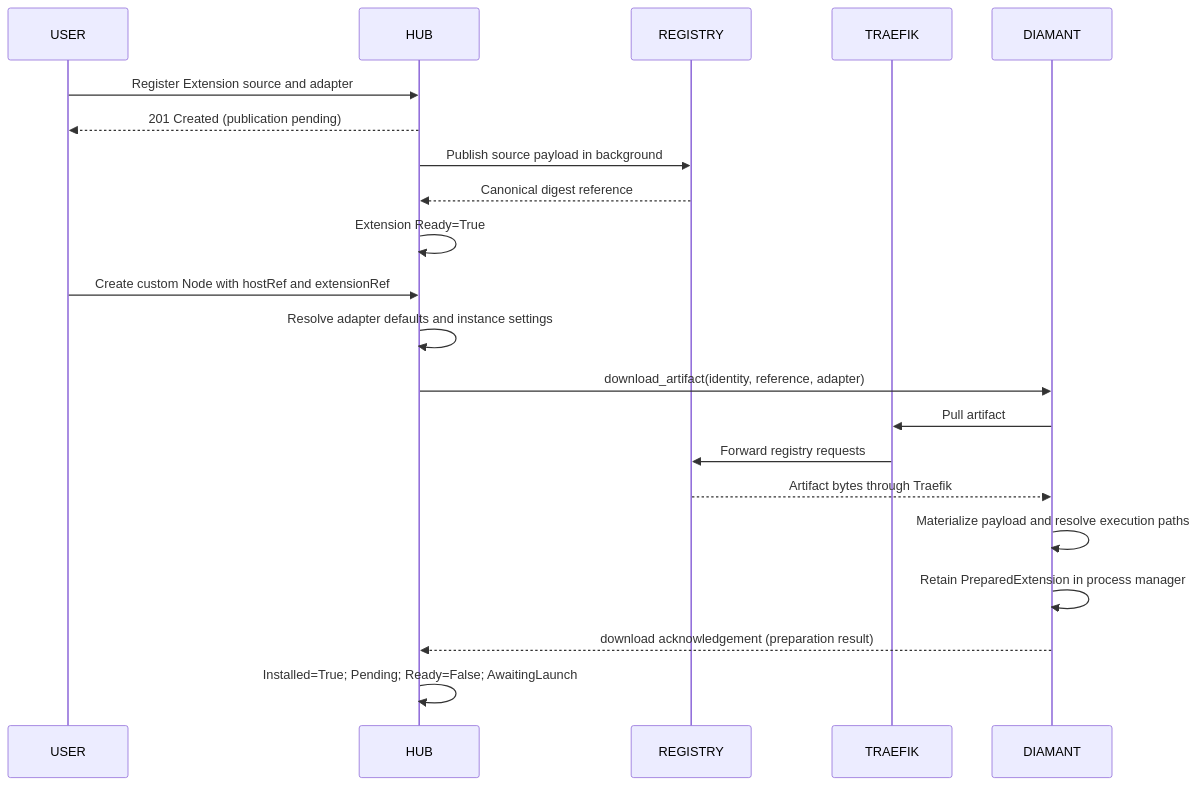
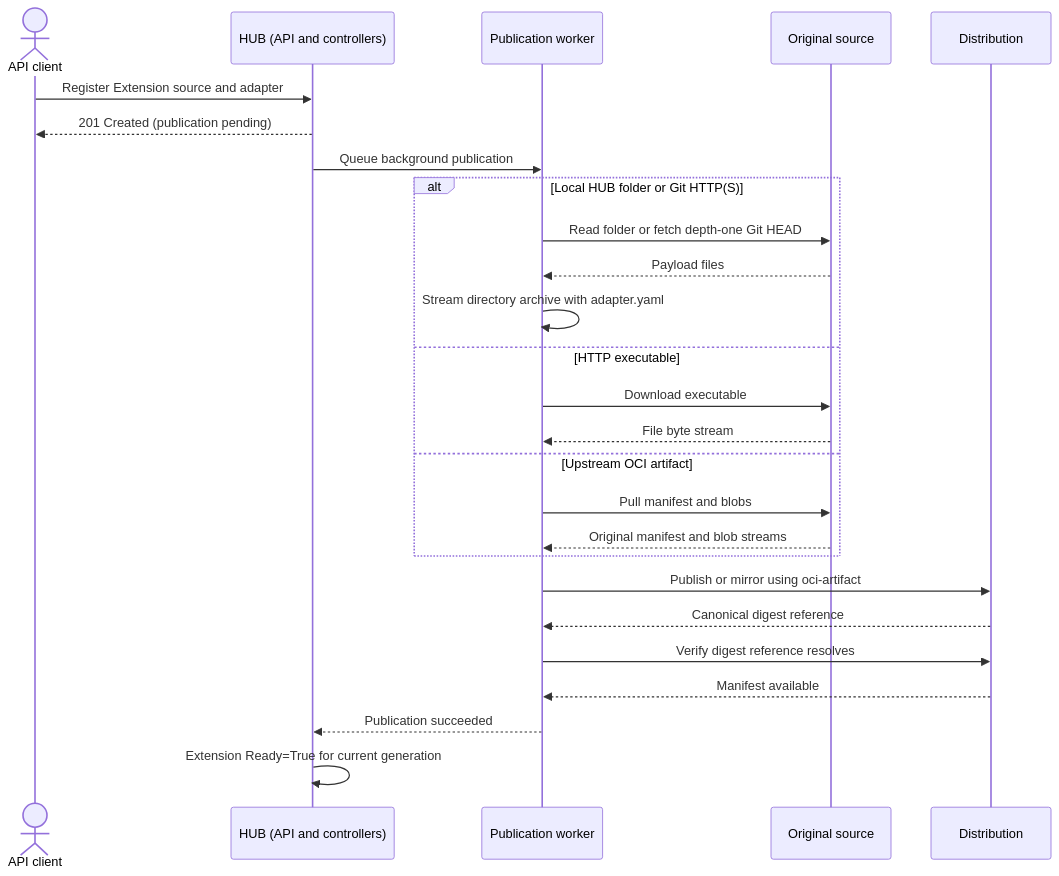
One commit to Suntitle/Suntitle changed the second of 3 diagrams in ai/custom-node-type-plan.md. Above: the diagram before and after it, drawn with Mermaid. The commit also changed other lines of this file and 13 other files, not shown here.

Commit message:
unify e2e execution in one suite

````diff
--- a/ai/custom-node-type-plan.md
+++ b/ai/custom-node-type-plan.md
@@ -156,23 +156,29 @@
 ```mermaid
 sequenceDiagram
-    participant USER
-    participant HUB
-    participant REGISTRY
-    participant TRAEFIK
-    participant DIAMANT
+    actor USER as API client
+    participant HUB as HUB (API and controllers)
+    participant WORKER as Publication worker
+    participant SOURCE as Original source
+    participant REGISTRY as Distribution
+
     USER->>HUB: Register Extension source and adapter
     HUB-->>USER: 201 Created (publication pending)
-    HUB->>REGISTRY: Publish source payload in background
-    REGISTRY-->>HUB: Canonical digest reference
-    HUB->>HUB: Extension Ready=True
-    USER->>HUB: Create custom Node with hostRef and extensionRef
-    HUB->>HUB: Resolve adapter defaults and instance settings
-    HUB->>DIAMANT: download_artifact(identity, reference, adapter)
-    DIAMANT->>TRAEFIK: Pull artifact
-    TRAEFIK->>REGISTRY: Forward registry requests
-    REGISTRY-->>DIAMANT: Artifact bytes through Traefik
-    DIAMANT->>DIAMANT: Materialize payload and resolve execution paths
-    DIAMANT->>DIAMANT: Retain PreparedExtension in process manager
-    DIAMANT-->>HUB: download acknowledgement (preparation result)
-    HUB->>HUB: Installed=True#59; Pending#59; Ready=False#59; AwaitingLaunch
+    HUB->>WORKER: Queue background publication
+    alt Local HUB folder or Git HTTP(S)
+        WORKER->>SOURCE: Read folder or fetch depth-one Git HEAD
+        SOURCE-->>WORKER: Payload files
+        WORKER->>WORKER: Stream directory archive with adapter.yaml
+    else HTTP executable
+        WORKER->>SOURCE: Download executable
+        SOURCE-->>WORKER: File byte stream
+    else Upstream OCI artifact
+        WORKER->>SOURCE: Pull manifest and blobs
+        SOURCE-->>WORKER: Original manifest and blob streams
+    end
+    WORKER->>REGISTRY: Publish or mirror using oci-artifact
+    REGISTRY-->>WORKER: Canonical digest reference
+    WORKER->>REGISTRY: Verify digest reference resolves
+    REGISTRY-->>WORKER: Manifest available
+    WORKER-->>HUB: Publication succeeded
+    HUB->>HUB: Extension Ready=True for current generation
 ```
````
